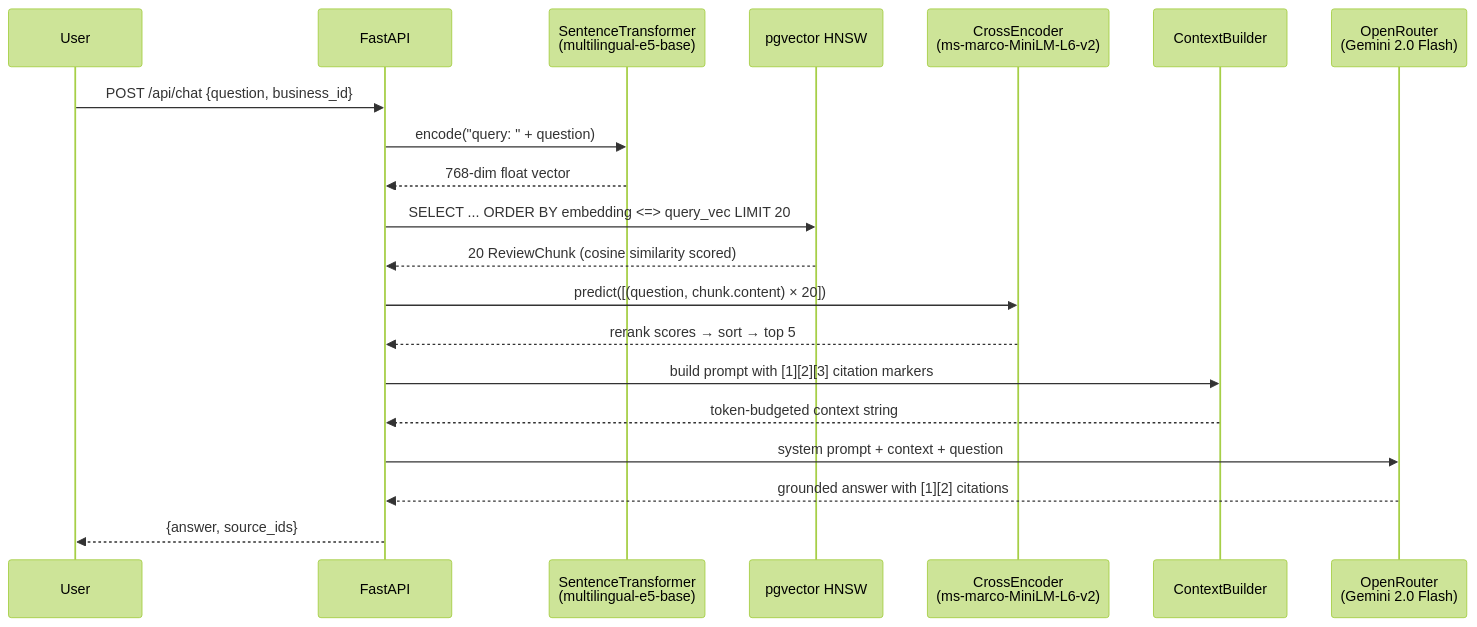
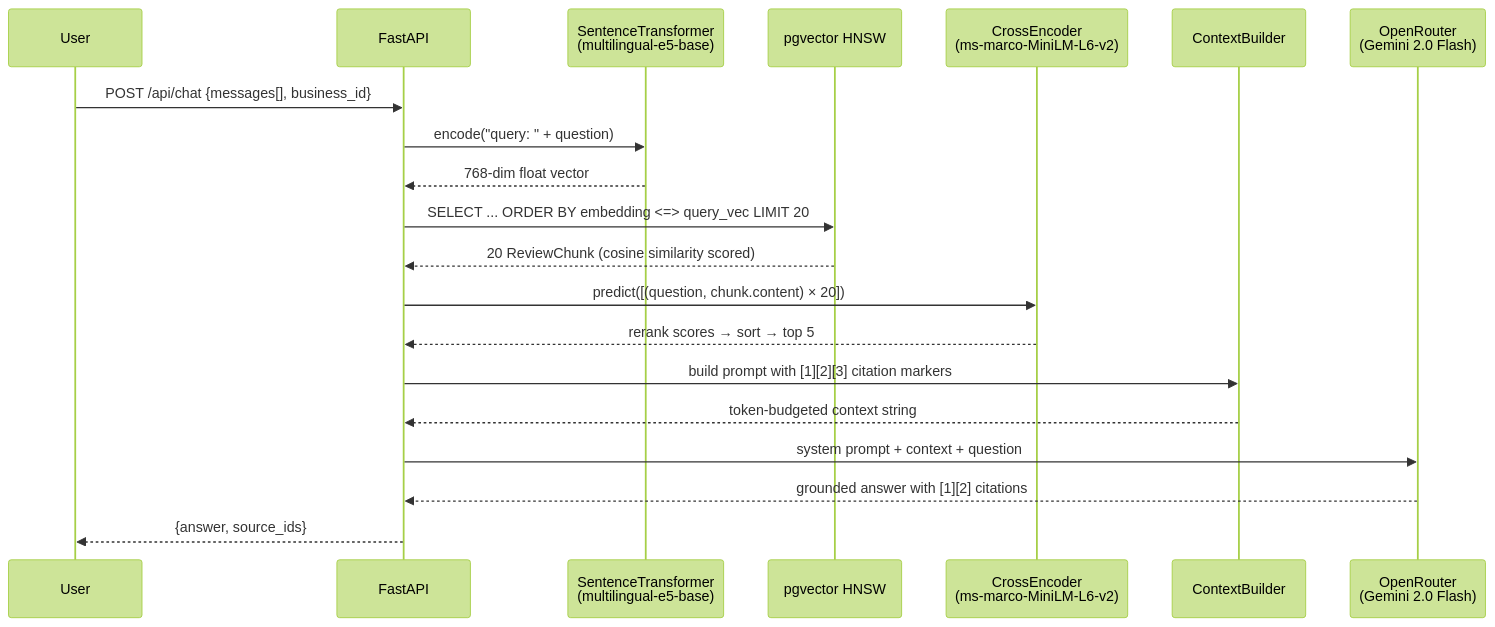
One commit to minhle35/customervoice-ai changed the second of 4 diagrams in docs/system-diagram.md. Above: the diagram before and after it, drawn with Mermaid (forest theme). The commit also changed other lines of this file and 9 other files, not shown here.

Commit message:
docs(backend-design): documentation on RAG pipeline, review embedding sentiment analysis, phase 1 setup issues, resolution record, checklist, improvement plan, system diagram

````diff
--- a/docs/system-diagram.md
+++ b/docs/system-diagram.md
@@ -99,23 +104,23 @@
 ```mermaid
 sequenceDiagram
     participant User
     participant API as FastAPI
     participant Embed as SentenceTransformer<br/>(multilingual-e5-base)
     participant PG as pgvector HNSW
     participant CE as CrossEncoder<br/>(ms-marco-MiniLM-L6-v2)
     participant CTX as ContextBuilder
     participant LLM as OpenRouter<br/>(Gemini 2.0 Flash)
 
-    User->>API: POST /api/chat {question, business_id}
+    User->>API: POST /api/chat {messages[], business_id}
     API->>Embed: encode("query: " + question)
     Embed-->>API: 768-dim float vector
     API->>PG: SELECT ... ORDER BY embedding <=> query_vec LIMIT 20
     PG-->>API: 20 ReviewChunk (cosine similarity scored)
     API->>CE: predict([(question, chunk.content) × 20])
     CE-->>API: rerank scores → sort → top 5
     API->>CTX: build prompt with [1][2][3] citation markers
     CTX-->>API: token-budgeted context string
     API->>LLM: system prompt + context + question
     LLM-->>API: grounded answer with [1][2] citations
     API-->>User: {answer, source_ids}
 ```
````
